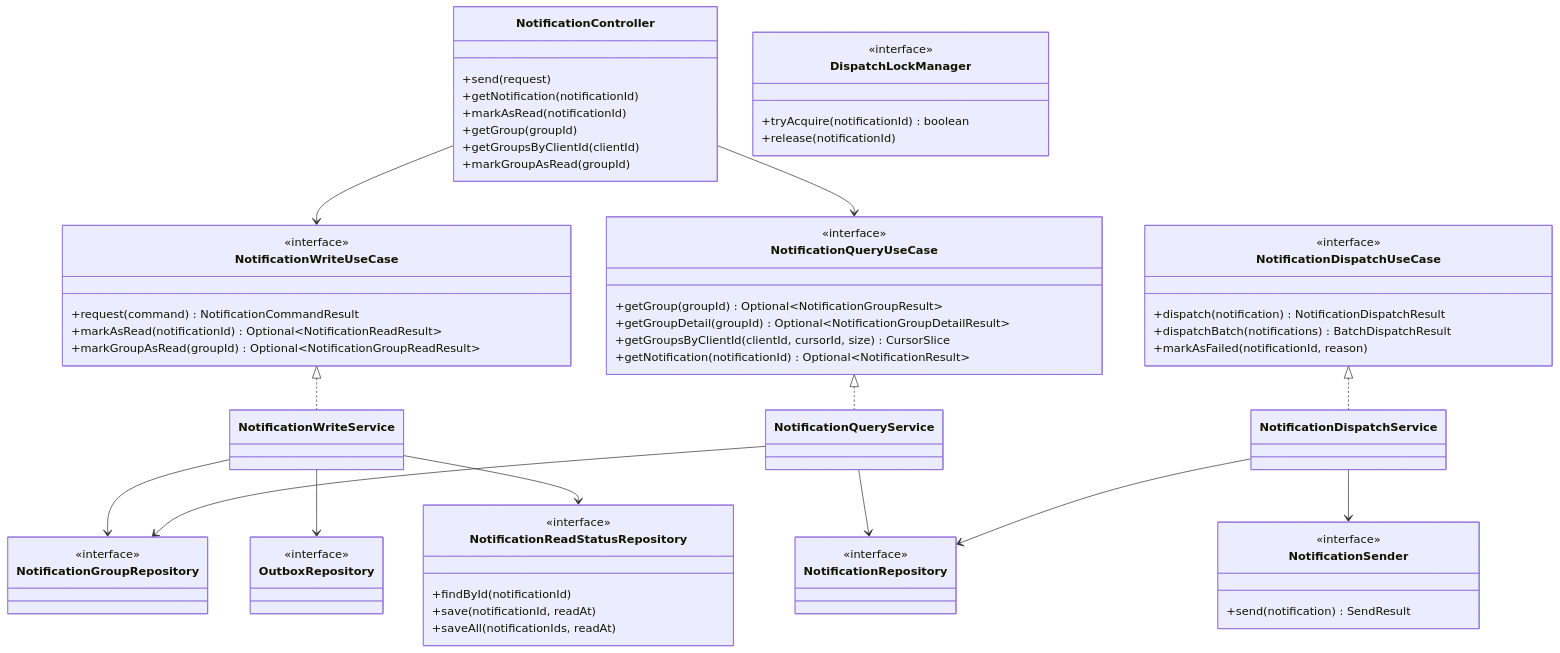
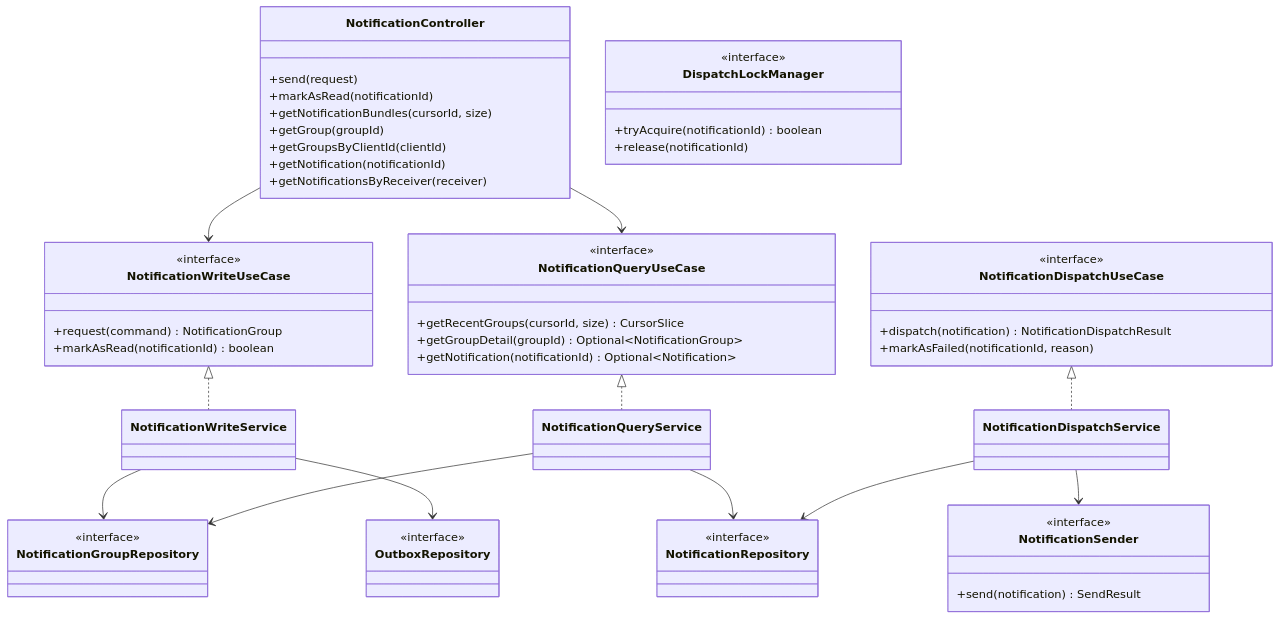
Before and after one commit to yht0827/notification-dispatcher: the first of 4 diagrams in docs/03-class-diagrams.md, drawn with Mermaid. The commit also changed other lines of this file and 24 other files, not shown here.

Commit message:
chore: NotificationCommandService 및 관련 테스트 제거, NotificationWriteService로 대체, 조회 로직 개선 및 읽음 상태 반영

````diff
--- a/docs/03-class-diagrams.md
+++ b/docs/03-class-diagrams.md
@@ -18,82 +17,72 @@
 ```mermaid
 classDiagram
     class NotificationController {
       +send(request)
-      +getNotification(notificationId)
       +markAsRead(notificationId)
+      +getNotificationBundles(cursorId, size)
       +getGroup(groupId)
       +getGroupsByClientId(clientId)
-      +markGroupAsRead(groupId)
+      +getNotification(notificationId)
+      +getNotificationsByReceiver(receiver)
     }
 
     class NotificationWriteUseCase {
       <<interface>>
-      +request(command) NotificationCommandResult
-      +markAsRead(notificationId) Optional~NotificationReadResult~
-      +markGroupAsRead(groupId) Optional~NotificationGroupReadResult~
+      +request(command) NotificationGroup
+      +markAsRead(notificationId) boolean
     }
 
     class NotificationQueryUseCase {
       <<interface>>
-      +getGroup(groupId) Optional~NotificationGroupResult~
-      +getGroupDetail(groupId) Optional~NotificationGroupDetailResult~
-      +getGroupsByClientId(clientId, cursorId, size) CursorSlice
-      +getNotification(notificationId) Optional~NotificationResult~
+      +getRecentGroups(cursorId, size) CursorSlice
+      +getGroupDetail(groupId) Optional~NotificationGroup~
+      +getNotification(notificationId) Optional~Notification~
     }
 
     class NotificationDispatchUseCase {
       <<interface>>
       +dispatch(notification) NotificationDispatchResult
-      +dispatchBatch(notifications) BatchDispatchResult
       +markAsFailed(notificationId, reason)
     }
 
     class NotificationWriteService
     class NotificationQueryService
     class NotificationDispatchService
 
     class NotificationGroupRepository {
       <<interface>>
     }
 
     class NotificationRepository {
       <<interface>>
     }
 
     class OutboxRepository {
       <<interface>>
-    }
-
-    class NotificationReadStatusRepository {
-      <<interface>>
-      +findById(notificationId)
-      +save(notificationId, readAt)
-      +saveAll(notificationIds, readAt)
     }
 
     class NotificationSender {
       <<interface>>
       +send(notification) SendResult
     }
 
     class DispatchLockManager {
       <<interface>>
       +tryAcquire(notificationId) boolean
       +release(notificationId)
     }
 
     NotificationController --> NotificationWriteUseCase
     NotificationController --> NotificationQueryUseCase
 
     NotificationWriteUseCase <|.. NotificationWriteService
     NotificationQueryUseCase <|.. NotificationQueryService
     NotificationDispatchUseCase <|.. NotificationDispatchService
 
     NotificationWriteService --> NotificationGroupRepository
     NotificationWriteService --> OutboxRepository
-    NotificationWriteService --> NotificationReadStatusRepository
     NotificationQueryService --> NotificationGroupRepository
     NotificationQueryService --> NotificationRepository
     NotificationDispatchService --> NotificationRepository
     NotificationDispatchService --> NotificationSender
 ```
````
